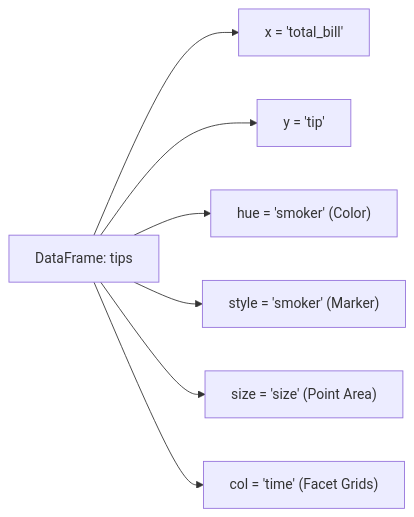
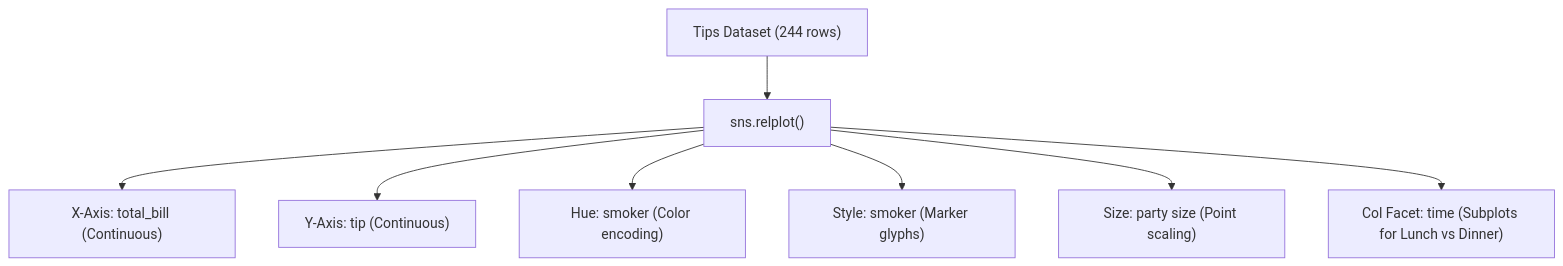
Before and after one commit to S1h2i3v4a/AI_ML: the diagram in lecture_19/Notes_19.11/README.md, drawn with Mermaid. The commit also changed other lines of this file and 203 other files, not shown here.

Commit message:
docs(lectures 19-21): align notes with video lectures, add blackboard diagrams, clean structured functions, and compile vector PDFs

````diff
--- a/lecture_19/Notes_19.11/README.md
+++ b/lecture_19/Notes_19.11/README.md
@@ -23,9 +10,10 @@
 ```mermaid
-flowchart LR
-    Data["DataFrame: tips"] --> X["x = 'total_bill'"]
-    Data --> Y["y = 'tip'"]
-    Data --> H["hue = 'smoker' (Color)"]
-    Data --> S["style = 'smoker' (Marker)"]
-    Data --> Sz["size = 'size' (Point Area)"]
-    Data --> C["col = 'time' (Facet Grids)"]
+flowchart TD
+    Dataset["Tips Dataset (244 rows)"] --> Relplot["sns.relplot()"]
+    Relplot --> DimX["X-Axis: total_bill (Continuous)"]
+    Relplot --> DimY["Y-Axis: tip (Continuous)"]
+    Relplot --> DimHue["Hue: smoker (Color encoding)"]
+    Relplot --> DimStyle["Style: smoker (Marker glyphs)"]
+    Relplot --> DimSize["Size: party size (Point scaling)"]
+    Relplot --> Facet["Col Facet: time (Subplots for Lunch vs Dinner)"]
 ```
````
